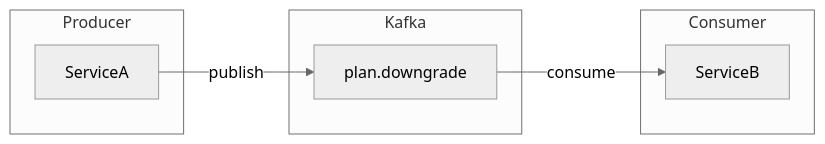
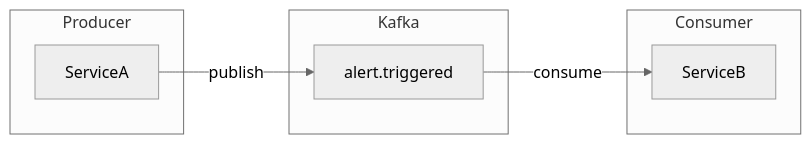
One commit to biuea3866/claude-work changed the fourth of 4 diagrams in rules/mermaid.md. Above: the diagram before and after it, drawn with Mermaid (neutral theme). The commit also changed other lines of this file and 144 other files, not shown here.

````diff
--- a/rules/mermaid.md
+++ b/rules/mermaid.md
@@ -71,13 +83,13 @@
 ```mermaid
 flowchart LR
     subgraph Producer
         ServiceA
     end
     subgraph Kafka
-        Topic[plan.downgrade]
+        Topic[alert.triggered]
     end
     subgraph Consumer
         ServiceB
     end
     ServiceA -->|publish| Topic -->|consume| ServiceB
 ```
````
